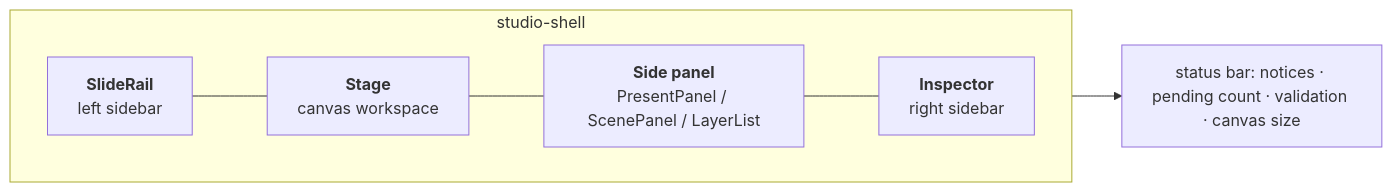
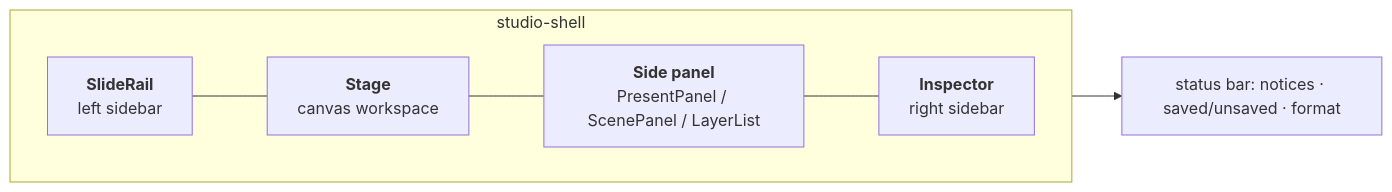
One commit to AvikArefin/xds changed the diagram in docs/human-interaction.md. Above: the diagram before and after it, drawn with Mermaid. The commit also changed other lines of this file and 8 other files, not shown here.

First line of the commit message:
docs: rework architecture for v2

````diff
--- a/docs/human-interaction.md
+++ b/docs/human-interaction.md
@@ -28,13 +19,13 @@
 ```mermaid
 flowchart LR
   subgraph Shell["studio-shell"]
     direction LR
     Rail["<b>SlideRail</b><br/>left sidebar"]
     Stage["<b>Stage</b><br/>canvas workspace"]
     Side["<b>Side panel</b><br/>PresentPanel / ScenePanel / LayerList"]
     Insp["<b>Inspector</b><br/>right sidebar"]
   end
   Rail --- Stage --- Side --- Insp
-  Footer["status bar: notices · pending count · validation · canvas size"]
+  Footer["status bar: notices · saved/unsaved · format"]
   Shell --> Footer
 ```
````
